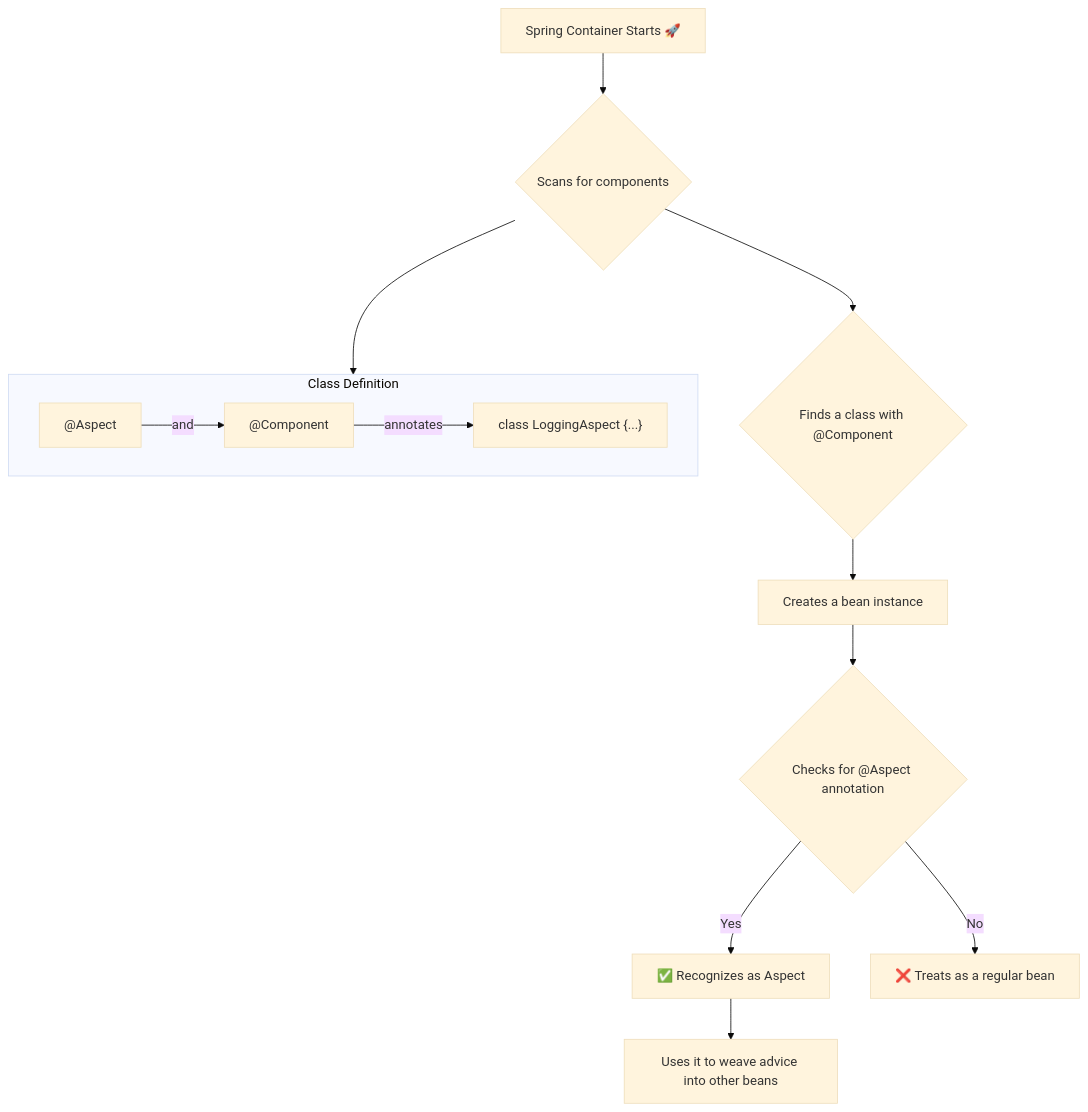
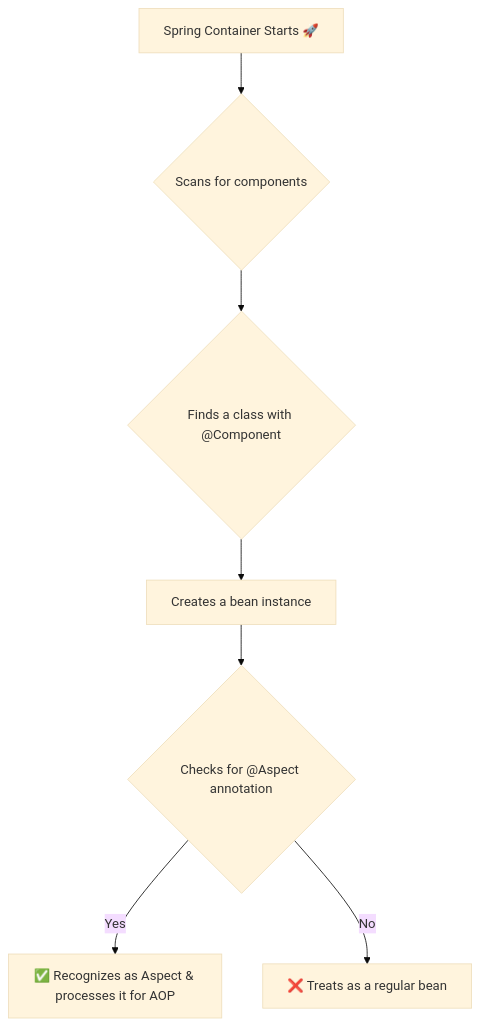
One commit to pdheeraj99/Spring-Guide changed the diagram in Spring-Concepts/02-Core-Technologies/05-Aspect-Oriented-Programming/07-Declaring-an-Aspect.md. Above: the diagram before and after it, drawn with Mermaid (base theme). The commit also changed other lines of this file and 7 other files, not shown here.

````diff
--- a/Spring-Concepts/02-Core-Technologies/05-Aspect-Oriented-Programming/07-Declaring-an-Aspect.md
+++ b/Spring-Concepts/02-Core-Technologies/05-Aspect-Oriented-Programming/07-Declaring-an-Aspect.md
@@ -79,20 +54,9 @@
 ```mermaid
 graph TD
     A[Spring Container Starts 🚀] --> B{Scans for components};
     B --> C{Finds a class with @Component};
     C --> D[Creates a bean instance];
     D --> E{Checks for @Aspect annotation};
-    E -- Yes --> F[✅ Recognizes as Aspect];
+    E -- Yes --> F[✅ Recognizes as Aspect & processes it for AOP];
     E -- No --> G[❌ Treats as a regular bean];
-    F --> H[Uses it to weave advice into other beans];
-
-    subgraph "Class Definition"
-        direction LR
-        I["@Aspect"]
-        J["@Component"]
-        K["class LoggingAspect {...}"]
-        I -- and --> J -- annotates --> K
-    end
-
-    B --> I;
 ```
````
